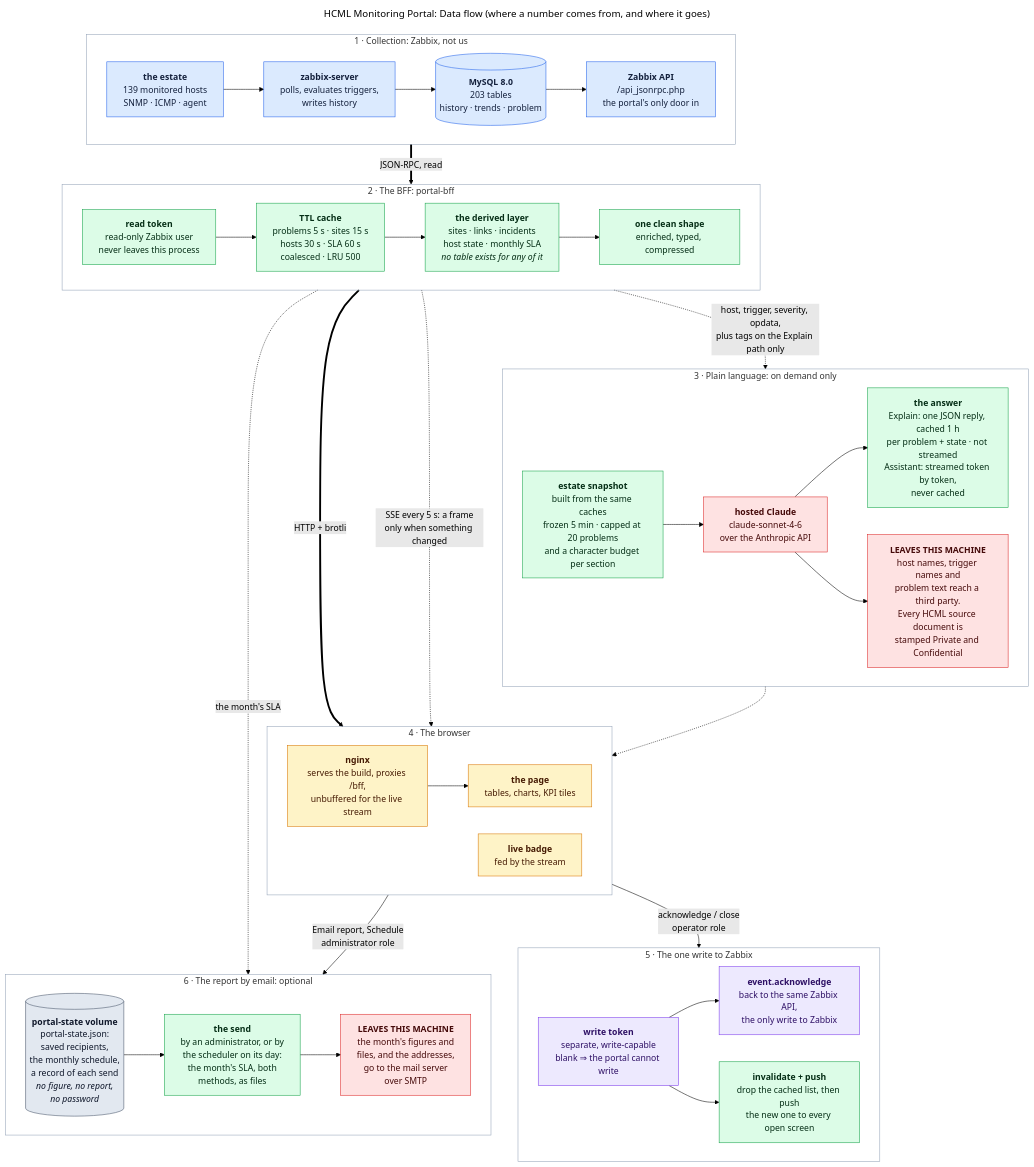
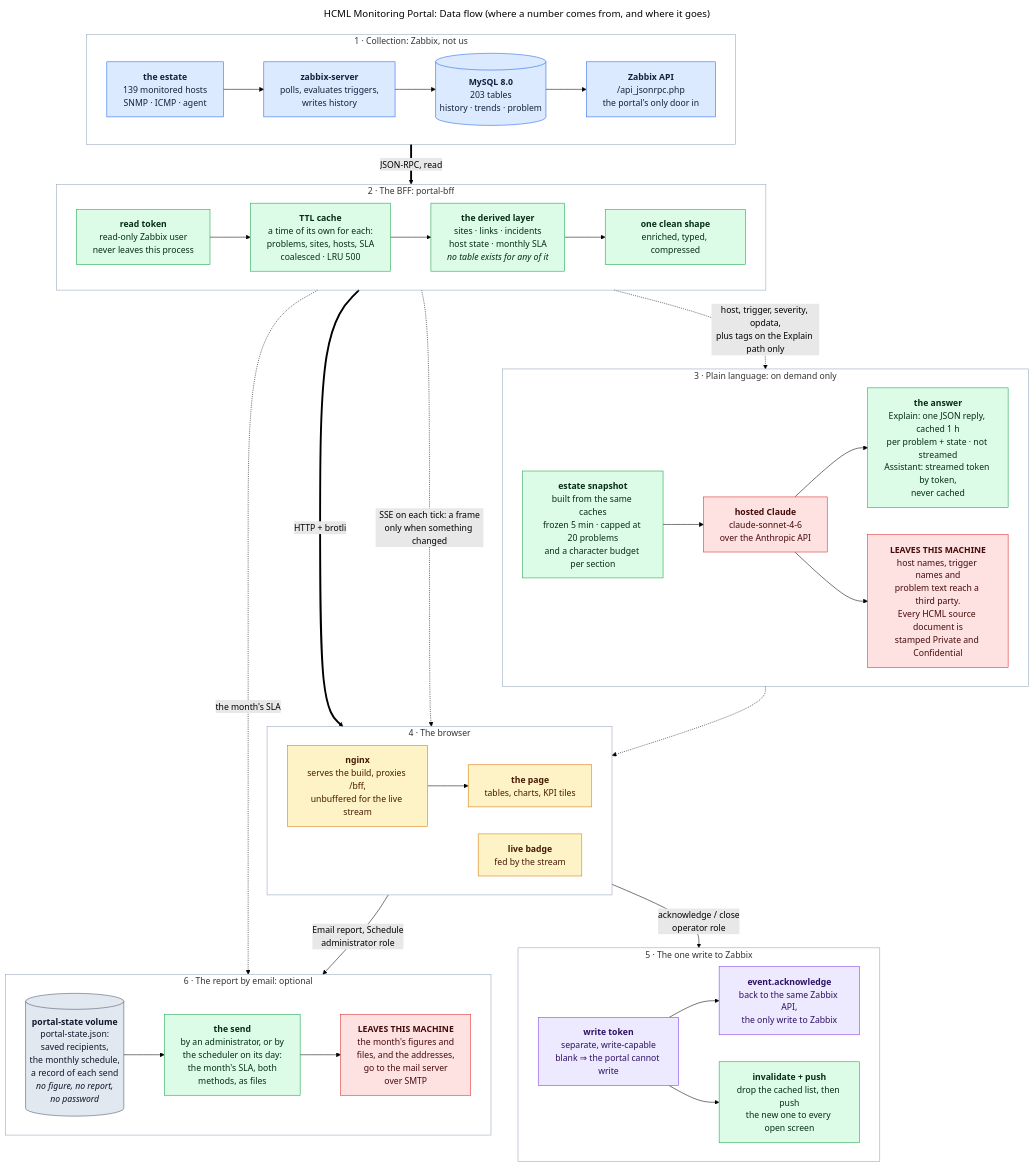
One commit to Fxkra28/Dashboard-Zabbix-Prototype changed the diagram in docs/flow/DataFlow.mmd. Above: the diagram before and after it, drawn with Mermaid (forest theme). The commit also changed 142 other files, not shown here.

```diff
--- a/docs/flow/DataFlow.mmd
+++ b/docs/flow/DataFlow.mmd
@@ -1,152 +1,152 @@
 ---
 title: "HCML Monitoring Portal: Data flow (where a number comes from, and where it goes)"
 ---
 flowchart TB
 
     %%  Data flow: one value's whole path, from the device that
     %%  produced it to the screen that shows it, plus the three side
     %%  paths: the live stream, the plain-language layer, and the one
     %%  write.
 
     %%  Blue    Zabbix owns it and stores it.
     %%  Green   the portal derives it. No table of it exists anywhere:
     %%          it is built per request, cached for seconds, gone on
     %%          restart.
     %%  Amber   lives in the browser.
     %%  Purple  the portal's single write back to Zabbix.
     %%  Red     it leaves this machine.
     %%  Grey    the portal keeps it: one small file on its own volume,
     %%          lane 6 only.
 
     %%  The write path (lane 5) ends in its own terminal box rather than
     %%  looping back to lane 1. That arrow would be a cycle, and one
     %%  cycle is enough to make the layout engine scramble the reading
     %%  order of every other lane. It is the same Zabbix API.
 
     %%  Lane 6 is the report by email, off until the MAIL_ settings are
     %%  usable. It also ends in a terminal box: the send writes a record
     %%  to the state file, and an arrow back there would be a cycle.
 
     %%  Laid out with the default engine, not elk: lanes stack downwards
     %%  and each lane reads left to right, which needs per-subgraph
     %%  `direction`, and elk ignores it, flattening the whole chart
     %%  into a 6:1 strip.
 
     %%  In this copy the plain-language layer is hosted Claude over the
     %%  Anthropic API, so the red box is real: a problem's host name,
     %%  trigger name and tags cross the network when someone clicks
     %%  Explain. The local-model copy is hcml-portal-ollama, where the
     %%  same box is green, and which has no lane 6: it passes no MAIL_
     %%  settings and declares no volume. Nothing else differs.
 
     %%  Careful when editing: the subgraph IDs do not match the lane
     %%  numbers. Lane 3 "Plain language" is `subgraph D4` and lane 4
     %%  "The browser" is `subgraph D3`. The rendered order is right
     %%  because Mermaid lays subgraphs out in source order, but anyone
     %%  reading `style D3` / `style D4` will wire the wrong lane. Go by
     %%  the quoted titles, never the IDs.
 
     %%  Two labels were corrected against the code. (1) The answer box
     %%  describes two features and neither has both properties: Explain
     %%  is cached 1 h per (eventid, state) and returns one buffered JSON
     %%  reply; the Assistant chat is streamed token by token and is
     %%  never cached. (2) The arrow into SNAP carries no tags: the
     %%  chat snapshot emits severity, host, trigger name, opdata, age
     %%  and ack state only. Tags cross on /api/explain/problem alone.
 
     %%  Also note the lane-5 fork runs in sequence, not in parallel:
     %%  event.acknowledge is awaited first, and only then does the
     %%  invalidate + push run. Invalidating earlier would let a refetch
     %%  re-cache the pre-write state. Say "then", not "and".
 
     subgraph D1["1 &middot; Collection: Zabbix, not us"]
         direction LR
         DEV["<b>the estate</b><br>139 monitored hosts<br>SNMP &middot; ICMP &middot; agent"]
         ZSRV["<b>zabbix-server</b><br>polls, evaluates triggers,<br>writes history"]
         ZDB[("<b>MySQL 8.0</b><br>203 tables<br>history &middot; trends &middot; problem")]
         ZAPI["<b>Zabbix API</b><br>/api_jsonrpc.php<br>the portal's only door in"]
 
         DEV --> ZSRV --> ZDB --> ZAPI
     end
 
     subgraph D2["2 &middot; The BFF: portal-bff"]
         direction LR
         RTOK["<b>read token</b><br>read-only Zabbix user<br>never leaves this process"]
-        CACHE["<b>TTL cache</b><br>problems 5 s &middot; sites 15 s<br>hosts 30 s &middot; SLA 60 s<br>coalesced &middot; LRU 500"]
+        CACHE["<b>TTL cache</b><br>a time of its own for each:<br>problems, sites, hosts, SLA<br>coalesced &middot; LRU 500"]
         DERIVE["<b>the derived layer</b><br>sites &middot; links &middot; incidents<br>host state &middot; monthly SLA<br><i>no table exists for any of it</i>"]
         SHAPE["<b>one clean shape</b><br>enriched, typed, compressed"]
 
         RTOK --> CACHE --> DERIVE --> SHAPE
     end
 
     subgraph D4["3 &middot; Plain language: on demand only"]
         direction LR
         SNAP["<b>estate snapshot</b><br>built from the same caches<br>frozen 5 min &middot; capped at 20 problems<br>and a character budget per section"]
         MODEL["<b>hosted Claude</b><br>claude-sonnet-4-6<br>over the Anthropic API"]
         LEAVES["<b>LEAVES THIS MACHINE</b><br>host names, trigger names and<br>problem text reach a third party.<br>Every HCML source document is<br>stamped Private and Confidential"]
         ANSWER["<b>the answer</b><br>Explain: one JSON reply, cached 1 h<br>per problem + state &middot; not streamed<br>Assistant: streamed token by token,<br>never cached"]
 
         SNAP --> MODEL --> ANSWER
         MODEL --> LEAVES
     end
 
     subgraph D3["4 &middot; The browser"]
         direction LR
         NGINX["<b>nginx</b><br>serves the build, proxies /bff,<br>unbuffered for the live stream"]
         SCREEN["<b>the page</b><br>tables, charts, KPI tiles"]
         LIVE["<b>live badge</b><br>fed by the stream"]
 
         NGINX --> SCREEN
     end
 
     subgraph D5["5 &middot; The one write to Zabbix"]
         direction LR
         WTOK["<b>write token</b><br>separate, write-capable<br>blank &rArr; the portal cannot write"]
         ZWRITE["<b>event.acknowledge</b><br>back to the same Zabbix API,<br>the only write to Zabbix"]
         INVAL["<b>invalidate + push</b><br>drop the cached list, then push<br>the new one to every open screen"]
 
         WTOK --> ZWRITE
         WTOK --> INVAL
     end
 
     subgraph D6["6 &middot; The report by email: optional"]
         direction LR
         STATE[("<b>portal-state volume</b><br>portal-state.json:<br>saved recipients,<br>the monthly schedule,<br>a record of each send<br><i>no figure, no report,<br>no password</i>")]
         SEND["<b>the send</b><br>by an administrator, or by<br>the scheduler on its day:<br>the month's SLA, both<br>methods, as files"]
         MAILOUT["<b>LEAVES THIS MACHINE</b><br>the month's figures and<br>files, and the addresses,<br>go to the mail server<br>over SMTP"]
 
         STATE --> SEND --> MAILOUT
     end
 
     ZAPI ==>|"JSON-RPC, read"| RTOK
     SHAPE ==>|"HTTP + brotli"| NGINX
-    SHAPE -.->|"SSE every 5 s: a frame<br>only when something changed"| LIVE
+    SHAPE -.->|"SSE on each tick: a frame<br>only when something changed"| LIVE
     DERIVE -.->|"host, trigger, severity, opdata,<br>plus tags on the Explain path only"| SNAP
     ANSWER -.-> SCREEN
     SCREEN -->|"acknowledge / close<br>operator role"| WTOK
     SCREEN -->|"Email report, Schedule<br>administrator role"| SEND
     DERIVE -.->|"the month's SLA"| SEND
 
     %% Frames must stay unfilled or they paint over the relationship lines.
 
     classDef zbx      fill:#dbeafe,stroke:#2563eb,color:#14213d
     classDef derived  fill:#dcfce7,stroke:#16a34a,color:#052e16
     classDef browser  fill:#fef3c7,stroke:#d97706,color:#451a03
     classDef written  fill:#ede9fe,stroke:#7c3aed,color:#2e1065
     classDef external fill:#fee2e2,stroke:#dc2626,color:#450a0a
     classDef kept     fill:#e2e8f0,stroke:#475569,color:#0f172a
 
     style D1 fill:none,stroke:#94a3b8
     style D2 fill:none,stroke:#94a3b8
     style D3 fill:none,stroke:#94a3b8
     style D4 fill:none,stroke:#94a3b8
     style D5 fill:none,stroke:#94a3b8
     style D6 fill:none,stroke:#94a3b8
 
     class DEV,ZSRV,ZDB,ZAPI zbx
     class RTOK,CACHE,DERIVE,SHAPE,SNAP,ANSWER,INVAL,SEND derived
     class NGINX,SCREEN,LIVE browser
     class WTOK,ZWRITE written
     class MODEL,LEAVES,MAILOUT external
     class STATE kept
-%% source-hash: 09c8c21ad8e4
+%% source-hash: bad9b5f21b05
```
